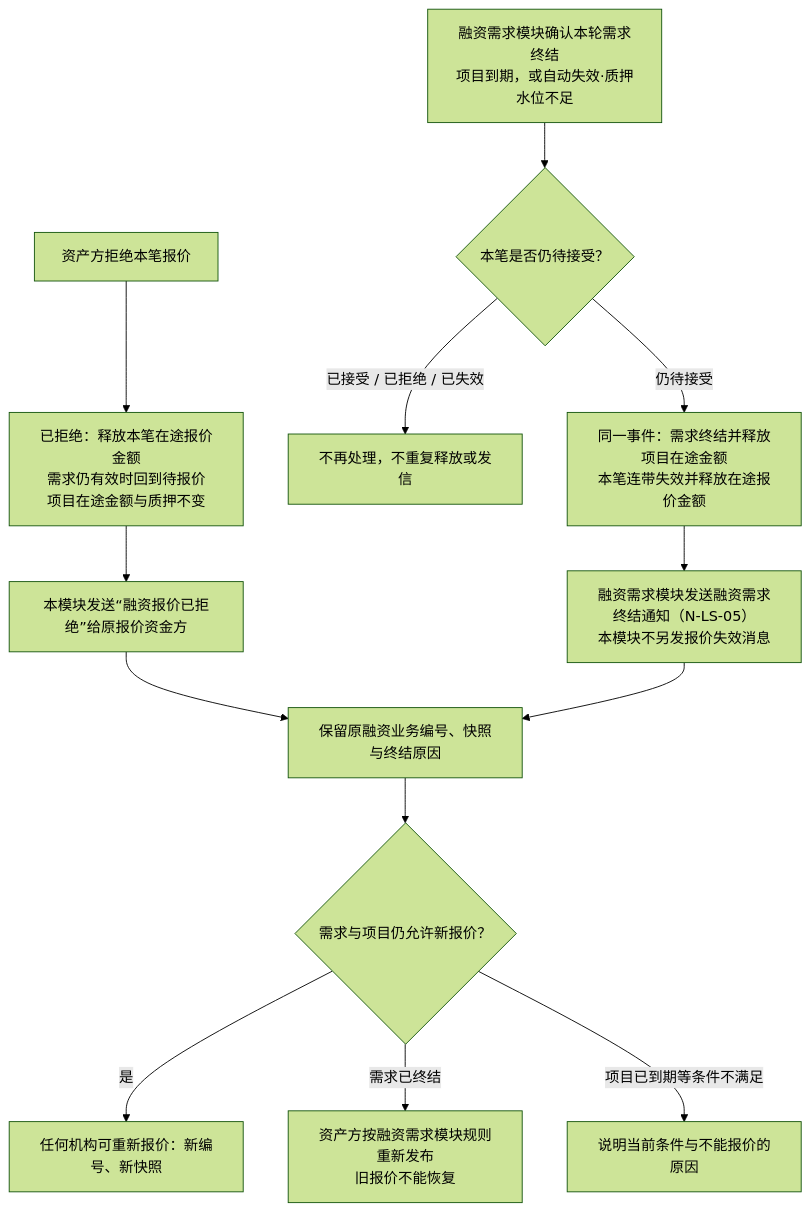
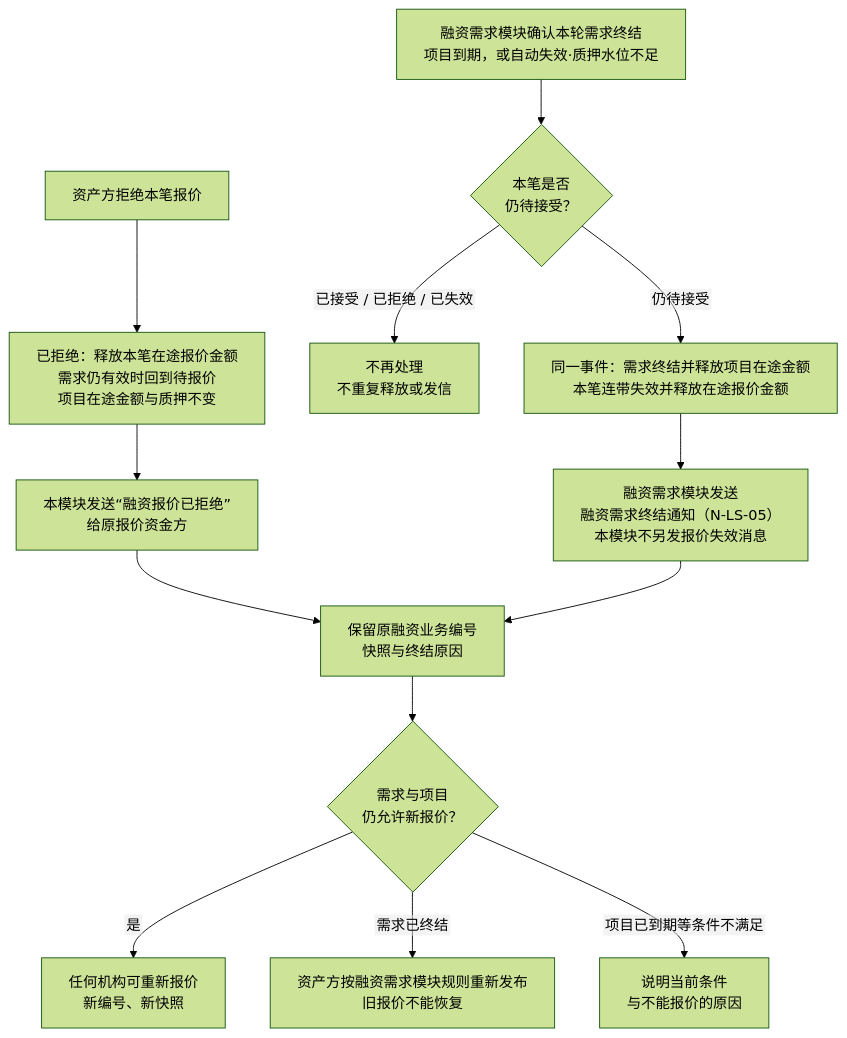
One commit to wxblockchain/Chain-Financing changed the third of 8 diagrams in lending-platform/PRD/面客端/06-借贷广场-授信报价与接受拒绝/02-授信报价与接受拒绝-流程图与状态机.md. Above: the diagram before and after it, drawn with Mermaid (forest theme). The commit also changed other lines of this file, not shown here.

First line of the commit message:
docs(WS-375): keep every flowchart label fully visible

````diff
--- a/lending-platform/PRD/面客端/06-借贷广场-授信报价与接受拒绝/02-授信报价与接受拒绝-流程图与状态机.md
+++ b/lending-platform/PRD/面客端/06-借贷广场-授信报价与接受拒绝/02-授信报价与接受拒绝-流程图与状态机.md
@@ -77,15 +79,16 @@
 ```mermaid
+%%{init: {"flowchart": {"htmlLabels": false, "wrappingWidth": 400}}}%%
 flowchart TD
   A["资产方拒绝本笔报价"] --> A1["已拒绝：释放本笔在途报价金额<br/>需求仍有效时回到待报价<br/>项目在途金额与质押不变"]
-  A1 --> A2["本模块发送“融资报价已拒绝”给原报价资金方"]
-  B["融资需求模块确认本轮需求终结<br/>项目到期，或自动失效·质押水位不足"] --> C{"本笔是否仍待接受？"}
-  C -- "已接受 / 已拒绝 / 已失效" --> N["不再处理，不重复释放或发信"]
-  C -- "仍待接受" --> F["同一事件：需求终结并释放项目在途金额<br/>本笔连带失效并释放在途报价金额"]
-  F --> F1["融资需求模块发送融资需求终结通知（N-LS-05）<br/>本模块不另发报价失效消息"]
-  A2 --> G["保留原融资业务编号、快照与终结原因"]
+  A1 --> A2["本模块发送“融资报价已拒绝”<br/>给原报价资金方"]
+  B["融资需求模块确认本轮需求终结<br/>项目到期，或自动失效·质押水位不足"] --> C{"本笔是否<br/>仍待接受？"}
+  C -->|"已接受 / 已拒绝 / 已失效"| N["不再处理<br/>不重复释放或发信"]
+  C -->|"仍待接受"| F["同一事件：需求终结并释放项目在途金额<br/>本笔连带失效并释放在途报价金额"]
+  F --> F1["融资需求模块发送<br/>融资需求终结通知（N-LS-05）<br/>本模块不另发报价失效消息"]
+  A2 --> G["保留原融资业务编号<br/>快照与终结原因"]
   F1 --> G
-  G --> H{"需求与项目仍允许新报价？"}
-  H -- "是" --> I["任何机构可重新报价：新编号、新快照"]
-  H -- "需求已终结" --> J["资产方按融资需求模块规则重新发布<br/>旧报价不能恢复"]
-  H -- "项目已到期等条件不满足" --> K["说明当前条件与不能报价的原因"]
+  G --> H{"需求与项目<br/>仍允许新报价？"}
+  H -->|"是"| I["任何机构可重新报价<br/>新编号、新快照"]
+  H -->|"需求已终结"| J["资产方按融资需求模块规则重新发布<br/>旧报价不能恢复"]
+  H -->|"项目已到期等条件不满足"| K["说明当前条件<br/>与不能报价的原因"]
 ```
````
